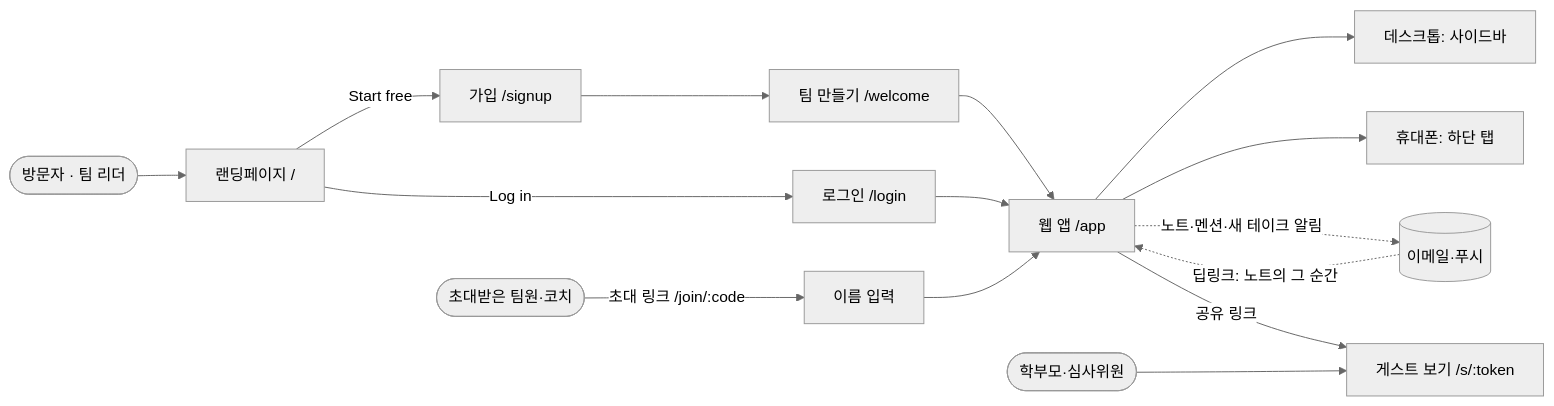
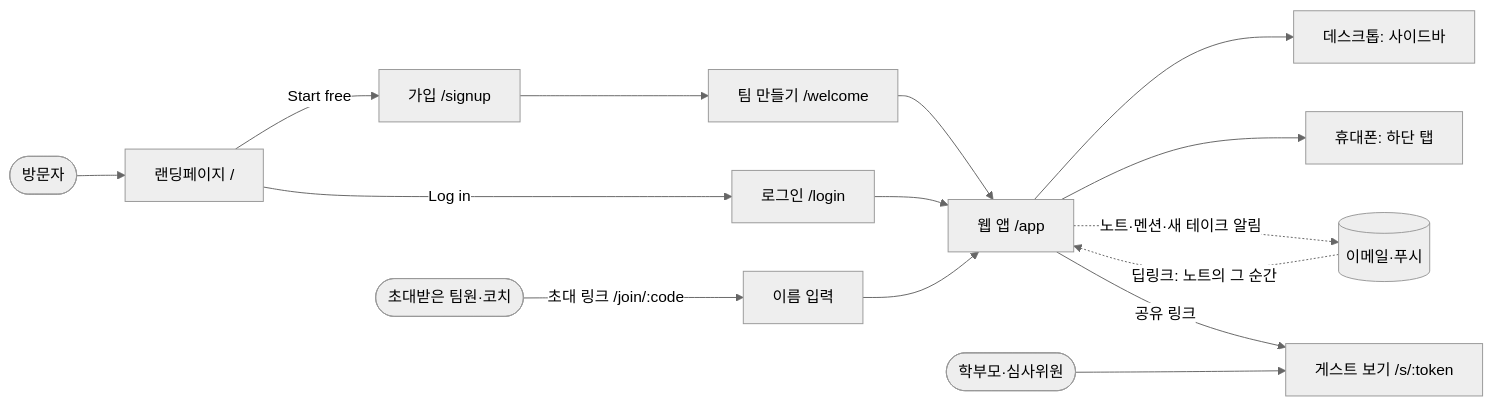
Before and after one commit to hope13710/dancerly: the first of 4 diagrams in docs/01-menu-structure.md, drawn with Mermaid (neutral theme). The commit also changed other lines of this file and 13 other files, not shown here.

````diff
--- a/docs/01-menu-structure.md
+++ b/docs/01-menu-structure.md
@@ -7,21 +7,21 @@
 ```mermaid
 flowchart LR
-  V([방문자 · 팀 리더]) --> L[랜딩페이지 /]
+  V([방문자]) --> L[랜딩페이지 /]
   L -->|Start free| SU[가입 /signup]
   L -->|Log in| LI[로그인 /login]
   SU --> OB[팀 만들기 /welcome]
   OB --> APP[웹 앱 /app]
   LI --> APP
 
   INV([초대받은 팀원·코치]) -->|초대 링크 /join/:code| JN[이름 입력]
   JN --> APP
 
   APP --> DESK[데스크톱: 사이드바]
   APP --> MOB[휴대폰: 하단 탭]
 
   APP -. 노트·멘션·새 테이크 알림 .-> EM[(이메일·푸시)]
   EM -. 딥링크: 노트의 그 순간 .-> APP
 
   APP -->|공유 링크| SH[게스트 보기 /s/:token]
   G([학부모·심사위원]) --> SH
 ```
````
